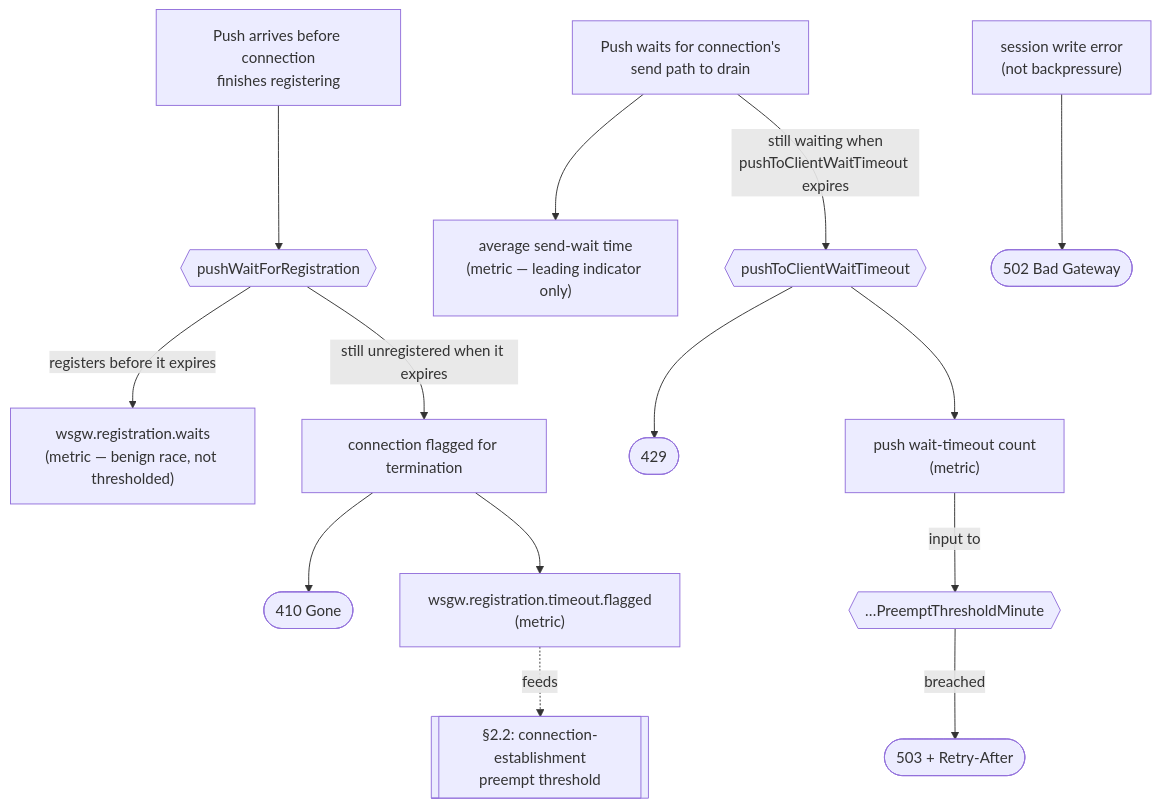
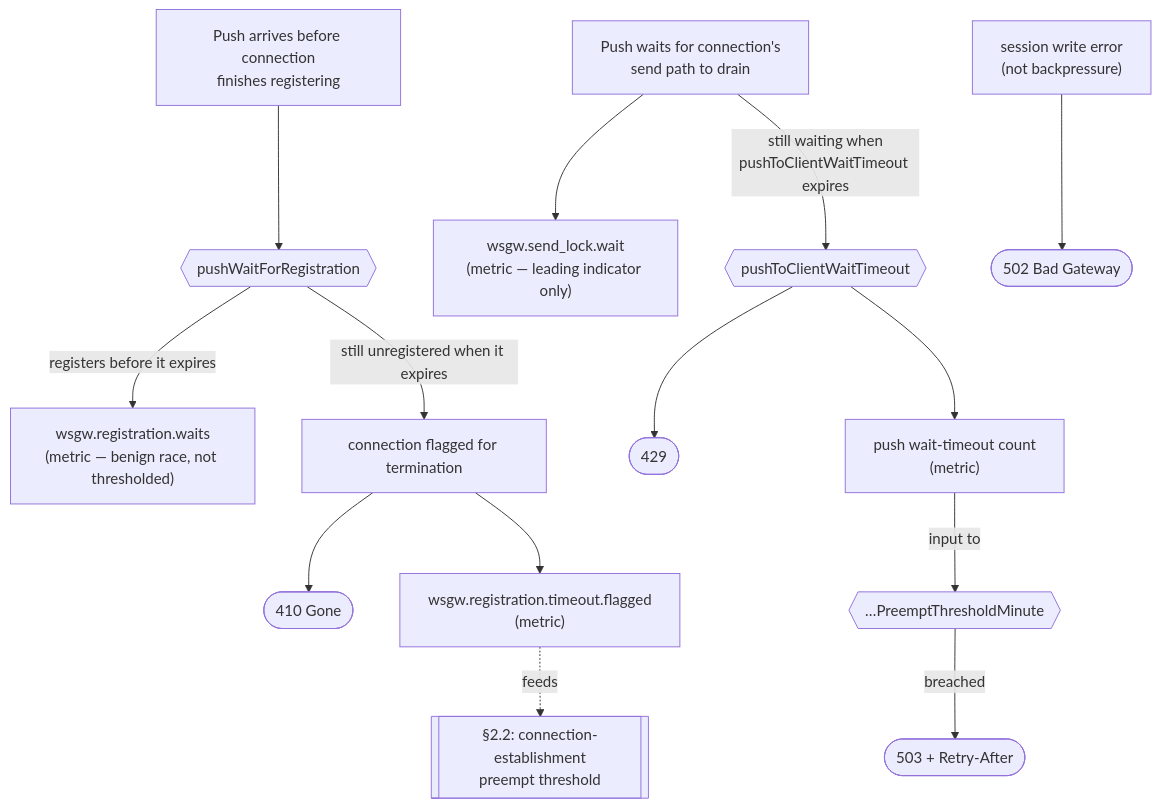
Before and after one commit to pdkovacs/wsgw-jakarta: the first of 3 diagrams in docs/backpressure.md, drawn with Mermaid. The commit also changed other lines of this file and 3 other files, not shown here.

Commit message:
Backpressure control: push-waits-send-path / send_lock.wait times

````diff
--- a/docs/backpressure.md
+++ b/docs/backpressure.md
@@ -141,20 +141,20 @@
 ```mermaid
 flowchart TD
     R0["Push arrives before connection\nfinishes registering"]
     R0 --> KnobReg{{"pushWaitForRegistration"}}
     KnobReg -->|"registers before it expires"| RaceOK["wsgw.registration.waits\n(metric — benign race, not thresholded)"]
     KnobReg -->|"still unregistered when it expires"| FlagForTermination["connection flagged for termination"]
     FlagForTermination --> Sig410(["410 Gone"])
     FlagForTermination --> MetricTerm["wsgw.registration.timeout.flagged\n(metric)"]
     MetricTerm -.->|feeds| Ext1[["§2.2: connection-establishment\npreempt threshold"]]
 
     S0["Push waits for connection's\nsend path to drain"]
-    S0 --> MetricAvg["average send-wait time\n(metric — leading indicator only)"]
+    S0 --> MetricAvg["wsgw.send_lock.wait\n(metric — leading indicator only)"]
     S0 -->|"still waiting when\npushToClientWaitTimeout expires"| KnobSend{{"pushToClientWaitTimeout"}}
     KnobSend --> Sig429(["429"])
     KnobSend --> MetricWaitCount["push wait-timeout count\n(metric)"]
     MetricWaitCount -->|"input to"| KnobPreempt{{"…PreemptThresholdMinute"}}
     KnobPreempt -->|"breached"| Sig503(["503 + Retry-After"])
 
     WriteErr["session write error\n(not backpressure)"] --> Sig502(["502 Bad Gateway"])
 ```
````
